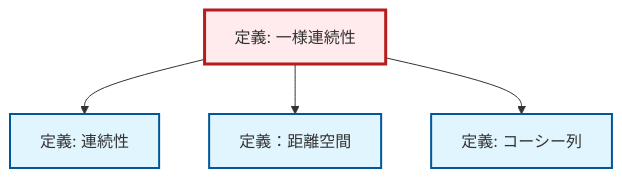
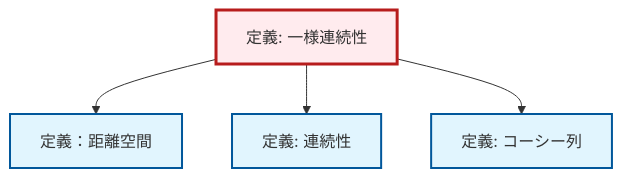
One commit to RK0429/ModernMath changed the diagram in content/ja/analysis/def-uniform-continuity.qmd. Above: the diagram before and after it, drawn with Mermaid. The commit also changed 672 other files, not shown here.

````diff
--- a/content/ja/analysis/def-uniform-continuity.qmd
+++ b/content/ja/analysis/def-uniform-continuity.qmd
@@ -70,20 +70,20 @@
 ```{mermaid}
-%%| fig-cap: "Local dependency graph"
+%%| fig-cap: "ローカル依存関係グラフ"
 graph TD
     classDef definition fill:#e1f5fe,stroke:#01579b,stroke-width:2px
     classDef theorem fill:#f3e5f5,stroke:#4a148c,stroke-width:2px
     classDef axiom fill:#fff3e0,stroke:#e65100,stroke-width:2px
     classDef example fill:#e8f5e9,stroke:#1b5e20,stroke-width:2px
     classDef current fill:#ffebee,stroke:#b71c1c,stroke-width:3px
+    def-cauchy-sequence["定義: コーシー列"]:::definition
     def-continuity["定義: 連続性"]:::definition
     def-uniform-continuity["定義: 一様連続性"]:::definition
     def-metric-space["定義：距離空間"]:::definition
-    def-cauchy-sequence["定義: コーシー列"]:::definition
+    def-uniform-continuity --> def-metric-space
     def-uniform-continuity --> def-continuity
-    def-uniform-continuity --> def-metric-space
     def-uniform-continuity --> def-cauchy-sequence
     class def-uniform-continuity current
+    click def-cauchy-sequence "def-cauchy-sequence.html" "コーシー列の定義へ"
     click def-continuity "def-continuity.html" "連続性の定義へ"
     click def-metric-space "def-metric-space.html" "定義：距離空間へ"
-    click def-cauchy-sequence "def-cauchy-sequence.html" "コーシー列の定義へ"
 ```
````
